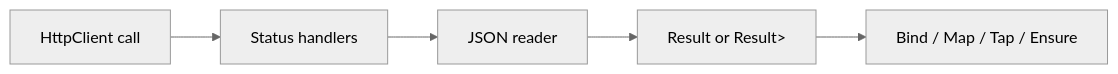
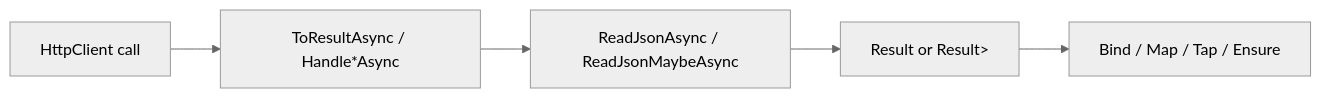
Before and after one commit to xavierjohn/Trellis: the diagram in docs/docfx_project/articles/integration-http.md, drawn with Mermaid (neutral theme). The commit also changed other lines of this file and 24 other files, not shown here.

````diff
--- a/docs/docfx_project/articles/integration-http.md
+++ b/docs/docfx_project/articles/integration-http.md
@@ -20,7 +20,7 @@
 ```mermaid
 flowchart LR
-    A[HttpClient call] --> B[Status handlers]
-    B --> C[JSON reader]
+    A[HttpClient call] --> B[ToResultAsync / Handle*Async]
+    B --> C[ReadJsonAsync / ReadJsonMaybeAsync]
     C --> D[Result<T> or Result<Maybe<T>>]
     D --> E[Bind / Map / Tap / Ensure]
 ```
````
